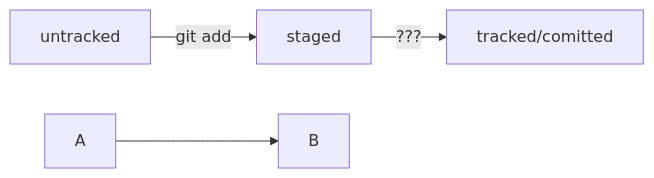
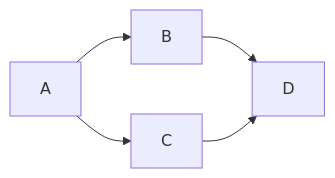
One commit to Barbara-S5/ya_project changed the diagram in mermaid.md. Above: the diagram before and after it, drawn with Mermaid.

Commit message:
we are the champion

````diff
--- a/mermaid.md
+++ b/mermaid.md
@@ -2,8 +2,8 @@
 ```mermaid
 graph LR;
-  untracked -- "git add" --> staged;
-  staged    -- "???"     --> tracked/comitted;
-
-%% стрелка без текста для примера: 
-  A --> B;
+  A-->B;
+    A-->C;
+    B-->D;
+    C-->D;
+    
 ```
````
